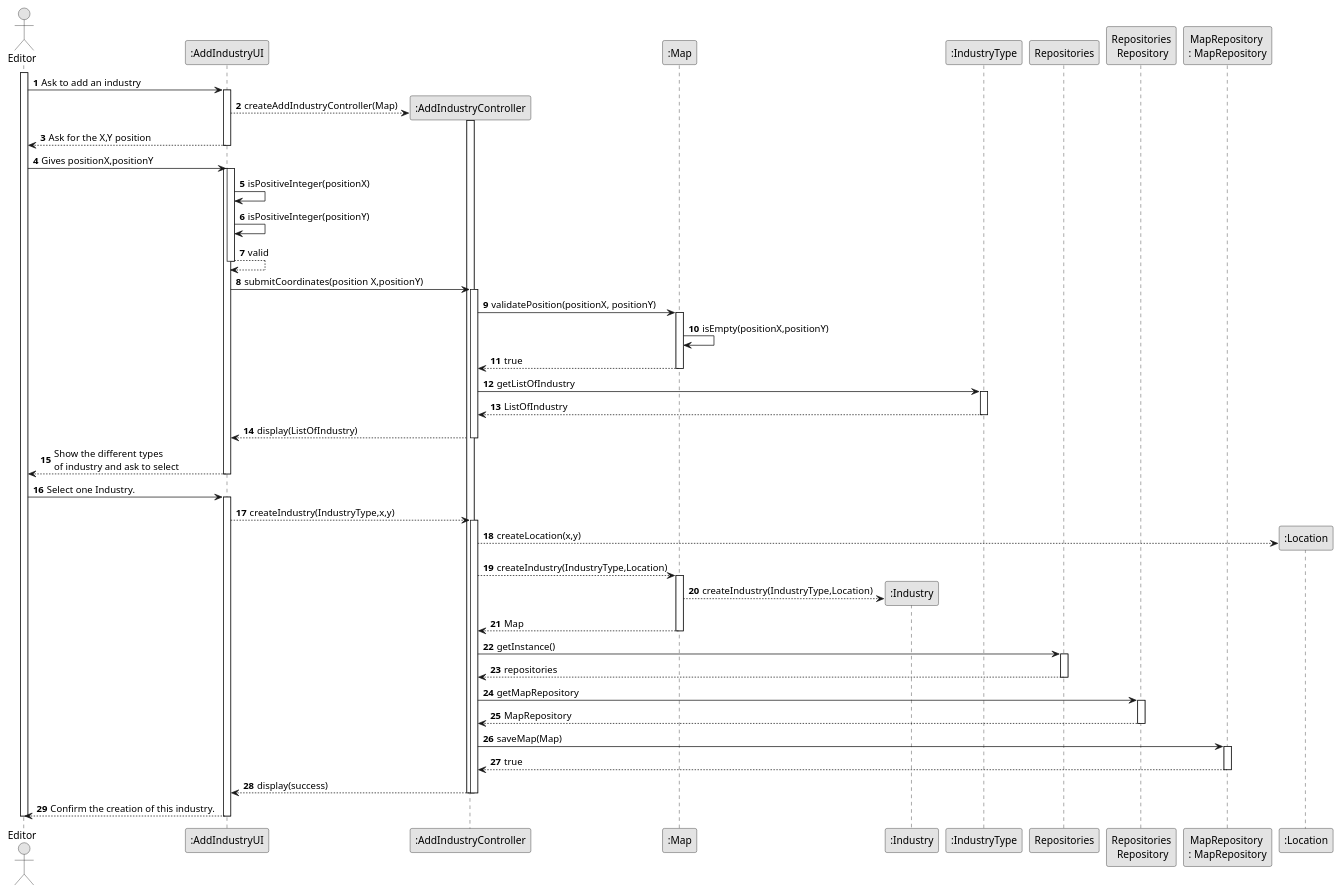
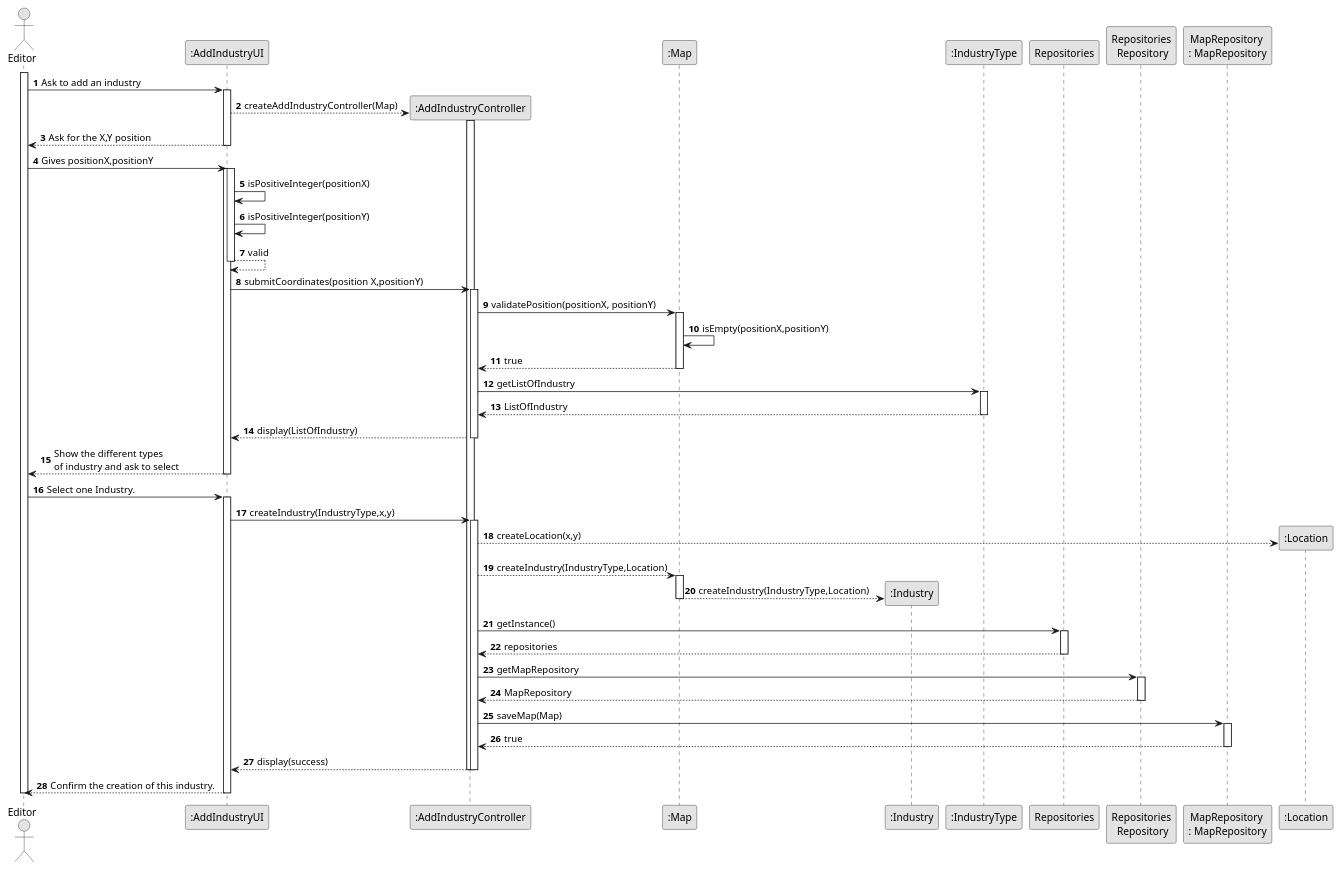
The diagram in docs/system-documentation/US002/03.design/puml/US002-SD-full.puml (1240826/empire-on-tracks), drawn with PlantUML before and after one commit.

```diff
--- a/docs/system-documentation/US002/03.design/puml/US002-SD-full.puml
+++ b/docs/system-documentation/US002/03.design/puml/US002-SD-full.puml
@@ -1,103 +1,103 @@
 @startuml
 skinparam monochrome true
 skinparam packageStyle rectangle
 skinparam shadowing false
 
 autonumber
 
 actor "Editor" as Editor
 participant ":AddIndustryUI" as UI
 participant ":AddIndustryController" as Controller
 
 participant ":Map" as Map
 participant ":Industry" as Industry
 participant ":IndustryType" as Type
 
 participant "Repositories" as Rep
 participant "Repositories\n Repository" as Repos
 participant "MapRepository \n: MapRepository" as Repository
 
 participant ":Location" as Location
 
 activate Editor
 
 Editor -> UI : Ask to add an industry
 activate UI
 UI --> Controller**: createAddIndustryController(Map)
 activate Controller
 
 
 
 UI --> Editor : Ask for the X,Y position
 deactivate UI
 
 Editor -> UI : Gives positionX,positionY
 activate UI
 
 
 
 
 activate UI
 UI->UI:isPositiveInteger(positionX)
 UI->UI:isPositiveInteger(positionY)
 UI-->UI:valid
 deactivate UI
 UI -> Controller : submitCoordinates(position X,positionY)
 activate Controller
 
 
 
 
 Controller->Map:validatePosition(positionX, positionY)
 activate Map
 Map->Map:isEmpty(positionX,positionY)
 Map-->Controller:true
 deactivate Map
 Controller->Type:getListOfIndustry
 activate Type
 Type-->Controller:ListOfIndustry
 deactivate Type
 Controller-->UI: display(ListOfIndustry)
 deactivate Controller
 UI-->Editor:Show the different types \nof industry and ask to select
 deactivate UI
 Editor->UI:Select one Industry.
 activate UI
-UI-->Controller: createIndustry(IndustryType,x,y)
+UI->Controller: createIndustry(IndustryType,x,y)
 activate Controller
 Controller-->Location**:createLocation(x,y)
 Controller-->Map: createIndustry(IndustryType,Location)
 activate Map
 Map-->Industry**:createIndustry(IndustryType,Location)
-Map-->Controller:Map
+
 deactivate Map
 
             Controller->Rep: getInstance()
             activate Rep
 
             Rep-->Controller:repositories
             deactivate Rep
             Controller->Repos:getMapRepository
             activate Repos
             Repos--> Controller:MapRepository
             deactivate Repos
 
             Controller->Repository:saveMap(Map)
             activate Repository
             Repository-->Controller:true
             deactivate Repository
 
 
 Controller-->UI: display(success)
 deactivate Controller
 deactivate Controller
 UI-->Editor:Confirm the creation of this industry.
 deactivate UI
 
 
 
 
 
 
 deactivate Editor
 @enduml
```
